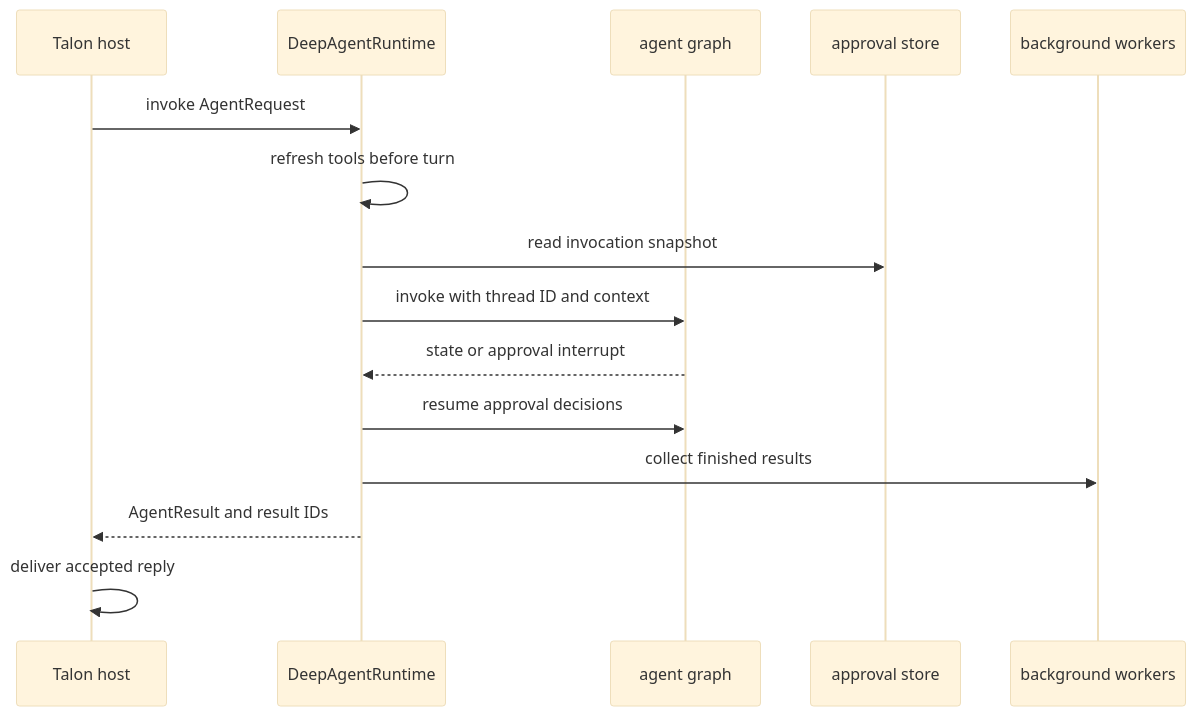
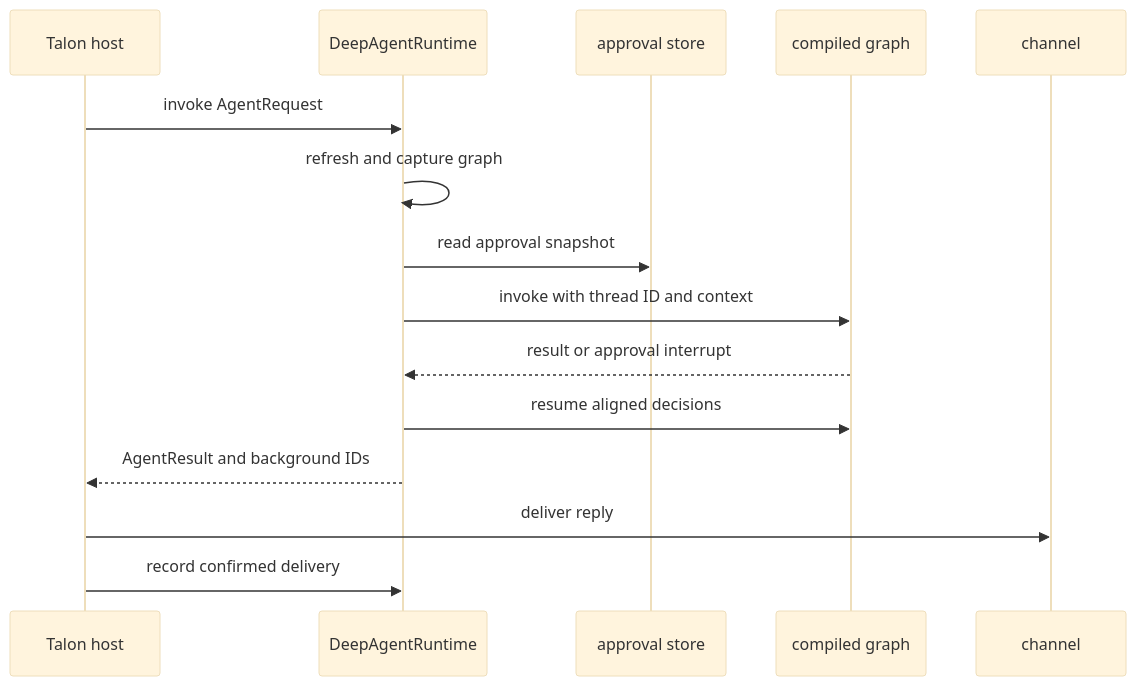
One commit to langchain-ai/deepagents changed the first of 2 diagrams in openwiki/architecture/runtime-behavior.md. Above: the diagram before and after it, drawn with Mermaid (base theme). The commit also changed other lines of this file and 16 other files, not shown here.

````diff
--- a/openwiki/architecture/runtime-behavior.md
+++ b/openwiki/architecture/runtime-behavior.md
@@ -49,17 +53,17 @@
 ```mermaid
 sequenceDiagram
     participant Host as Talon host
     participant Runtime as DeepAgentRuntime
-    participant Graph as agent graph
     participant Policy as approval store
-    participant Work as background workers
+    participant Graph as compiled graph
+    participant Channel as channel
     Host->>Runtime: invoke AgentRequest
-    Runtime->>Runtime: refresh tools before turn
-    Runtime->>Policy: read invocation snapshot
+    Runtime->>Runtime: refresh and capture graph
+    Runtime->>Policy: read approval snapshot
     Runtime->>Graph: invoke with thread ID and context
-    Graph-->>Runtime: state or approval interrupt
-    Runtime->>Graph: resume approval decisions
-    Runtime->>Work: collect finished results
-    Runtime-->>Host: AgentResult and result IDs
-    Host->>Host: deliver accepted reply
+    Graph-->>Runtime: result or approval interrupt
+    Runtime->>Graph: resume aligned decisions
+    Runtime-->>Host: AgentResult and background IDs
+    Host->>Channel: deliver reply
+    Host->>Runtime: record confirmed delivery
 ```
````
